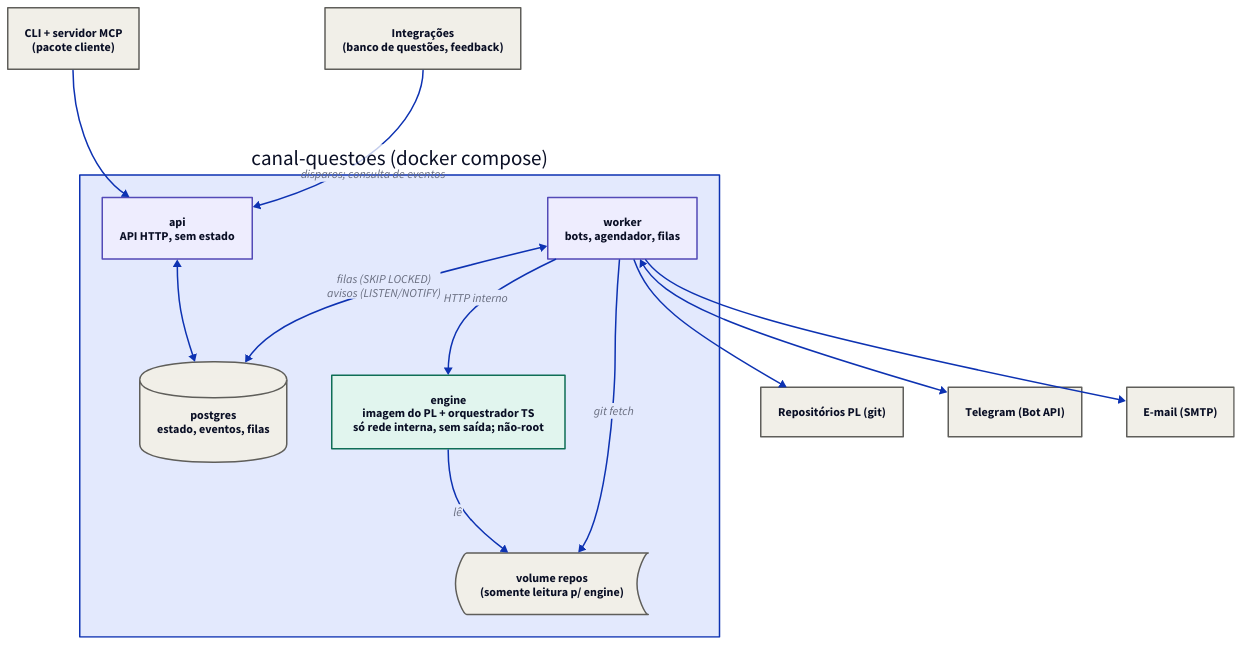
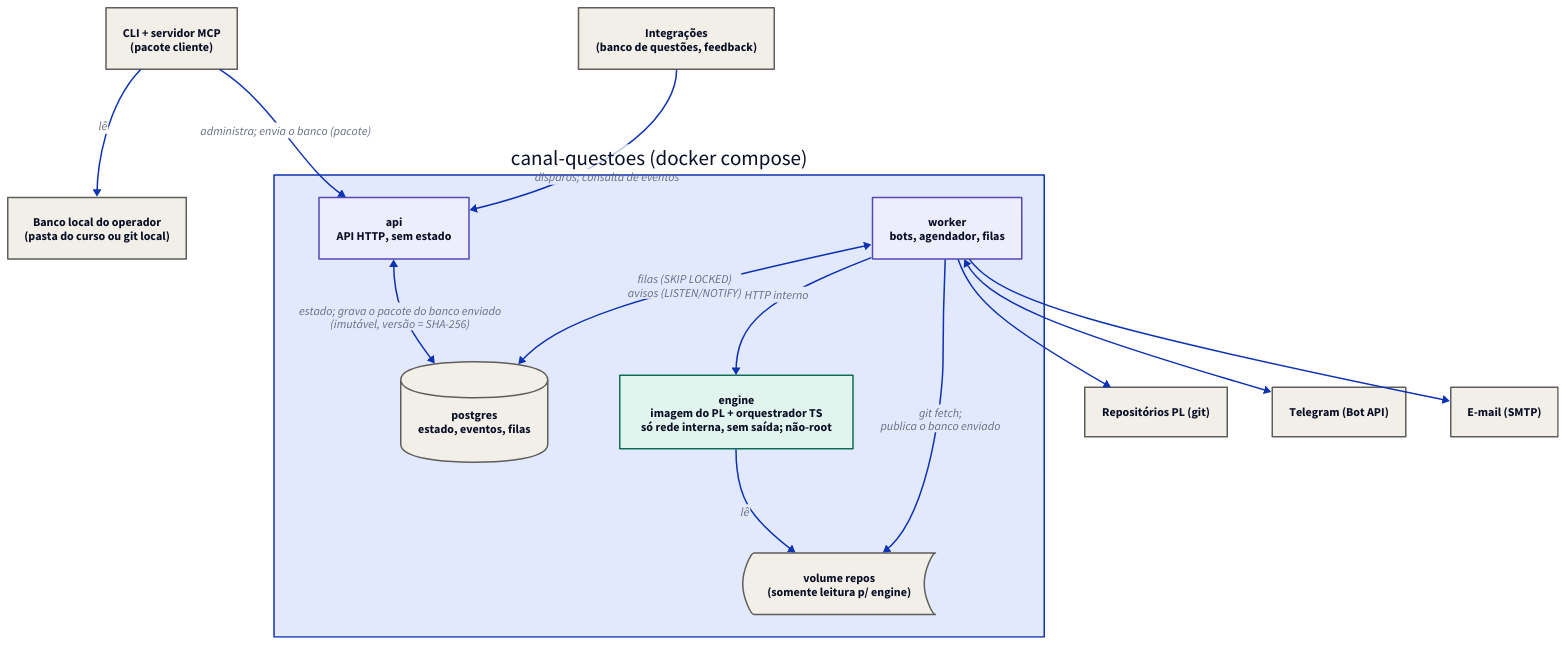
Before and after one commit to canal-questoes/canal-questoes: the diagram in docs/diagramas/c4-containers.d2, drawn with D2. The commit also changed 97 other files, not shown here.

```diff
--- a/docs/diagramas/c4-containers.d2
+++ b/docs/diagramas/c4-containers.d2
@@ -1,35 +1,37 @@
 # C4 nível 2 — containers
 direction: down
 
 classes: {
   nosso: {style.fill: "#EEEDFE"; style.stroke: "#534AB7"}
   motor: {style.fill: "#E1F5EE"; style.stroke: "#0F6E56"}
   externo: {style.fill: "#F1EFE8"; style.stroke: "#5F5E5A"}
 }
 
 cli: "CLI + servidor MCP\n(pacote cliente)" {class: externo}
 integracoes: "Integrações\n(banco de questões, feedback)" {class: externo}
 repos: "Repositórios PL (git)" {class: externo}
+local: "Banco local do operador\n(pasta do curso ou git local)" {class: externo}
 
 sistema: "canal-questoes (docker compose)" {
   api: "api\nAPI HTTP, sem estado" {class: nosso}
   worker: "worker\nbots, agendador, filas" {class: nosso}
   engine: "engine\nimagem do PL + orquestrador TS\nsó rede interna, sem saída; não-root" {class: motor}
   postgres: "postgres\nestado, eventos, filas" {shape: cylinder; class: externo}
   cache: "volume repos\n(somente leitura p/ engine)" {shape: stored_data; class: externo}
 
-  api <-> postgres
+  api <-> postgres: "estado; grava o pacote do banco enviado\n(imutável, versão = SHA-256)"
   worker <-> postgres: "filas (SKIP LOCKED)\navisos (LISTEN/NOTIFY)"
   worker -> engine: "HTTP interno"
-  worker -> cache: "git fetch"
+  worker -> cache: "git fetch;\npublica o banco enviado"
   engine -> cache: "lê"
 }
 
 telegram: "Telegram (Bot API)" {class: externo}
 email: "E-mail (SMTP)" {class: externo}
 
-cli -> sistema.api
+cli -> local: "lê"
+cli -> sistema.api: "administra; envia o banco (pacote)"
 integracoes -> sistema.api: "disparos; consulta de eventos"
 sistema.worker -> repos
 sistema.worker <-> telegram
 sistema.worker -> email
```
